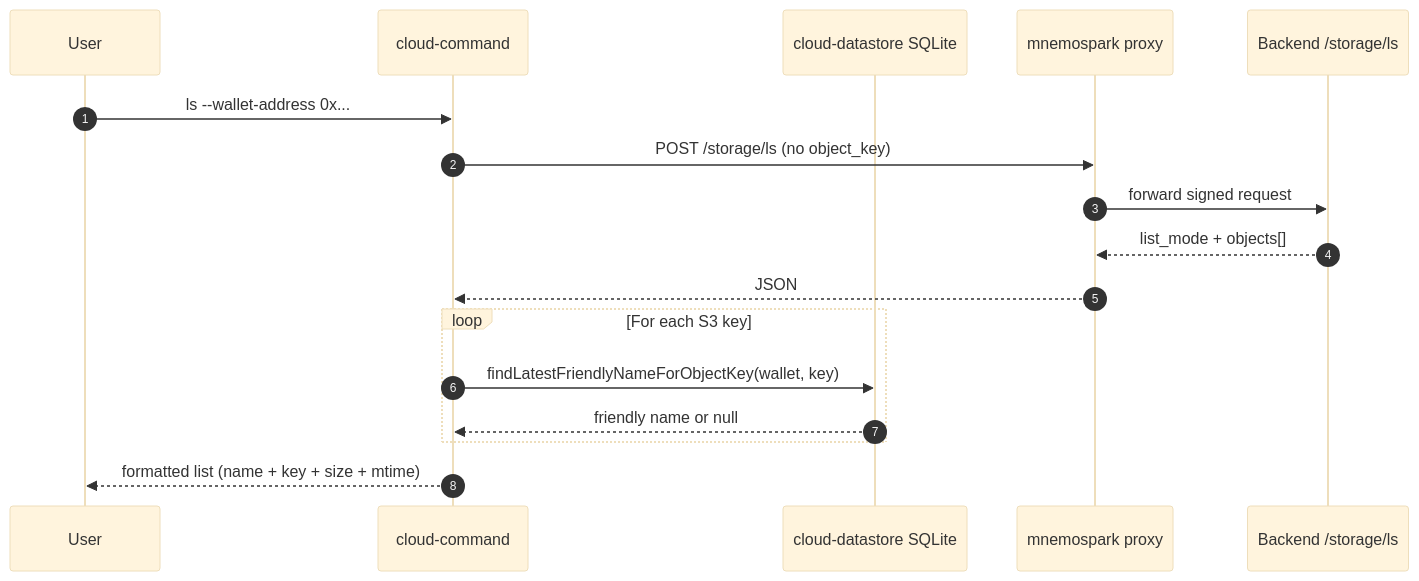
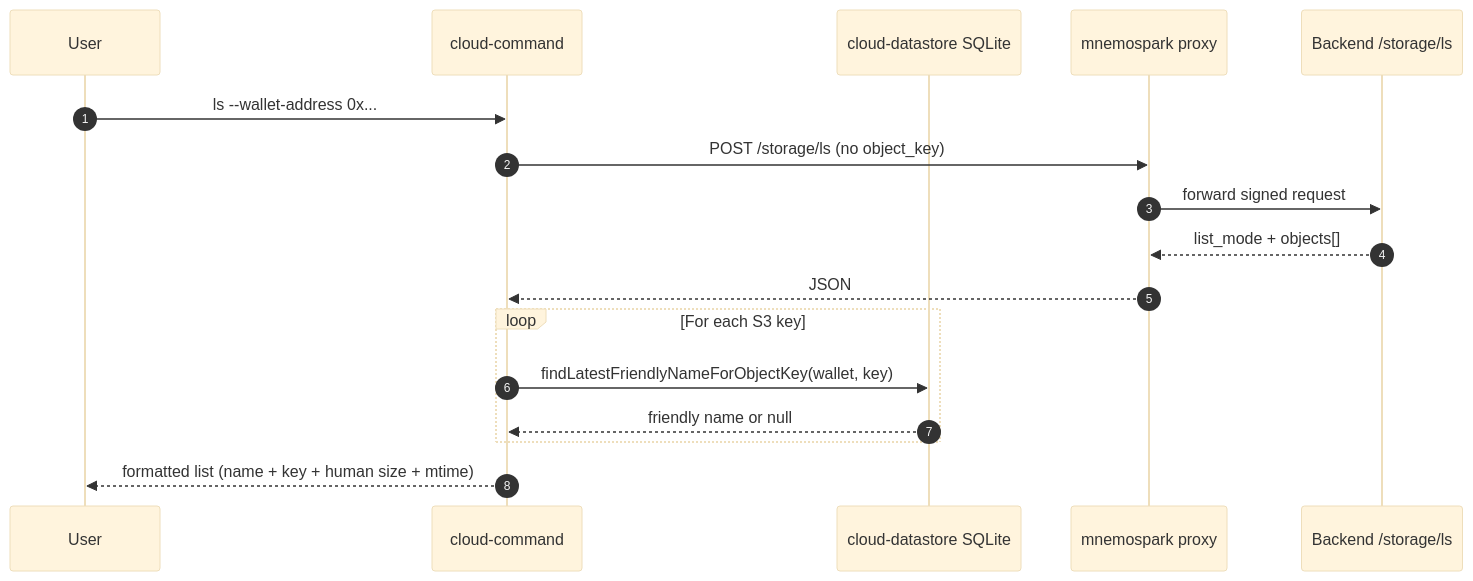
Before and after one commit to pawlsclick/mnemospark-docs: the diagram in dev_docs/features_cursor_dev/cursor-dev-49-mnemospark-client-storage-ls-list-friendly-names.md, drawn with Mermaid (base theme). The commit also changed other lines of this file and 2 other files, not shown here.

First line of the commit message:
docs(cursor-dev 48–49): human-readable ls sizes; API stays size_bytes

````diff
--- a/dev_docs/features_cursor_dev/cursor-dev-49-mnemospark-client-storage-ls-list-friendly-names.md
+++ b/dev_docs/features_cursor_dev/cursor-dev-49-mnemospark-client-storage-ls-list-friendly-names.md
@@ -89,20 +107,20 @@
 ```mermaid
 sequenceDiagram
   autonumber
   participant User
   participant Cmd as cloud-command
   participant DS as cloud-datastore SQLite
   participant Proxy as mnemospark proxy
   participant API as Backend /storage/ls
 
   User->>Cmd: ls --wallet-address 0x...
   Cmd->>Proxy: POST /storage/ls (no object_key)
   Proxy->>API: forward signed request
   API-->>Proxy: list_mode + objects[]
   Proxy-->>Cmd: JSON
   loop For each S3 key
     Cmd->>DS: findLatestFriendlyNameForObjectKey(wallet, key)
     DS-->>Cmd: friendly name or null
   end
-  Cmd-->>User: formatted list (name + key + size + mtime)
+  Cmd-->>User: formatted list (name + key + human size + mtime)
 ```
````
